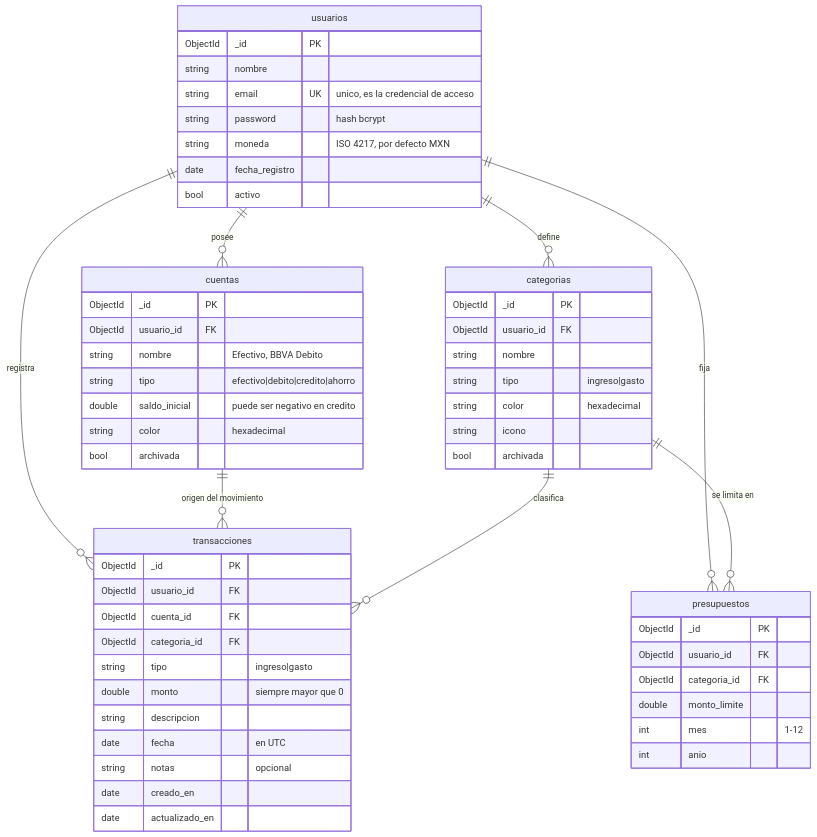
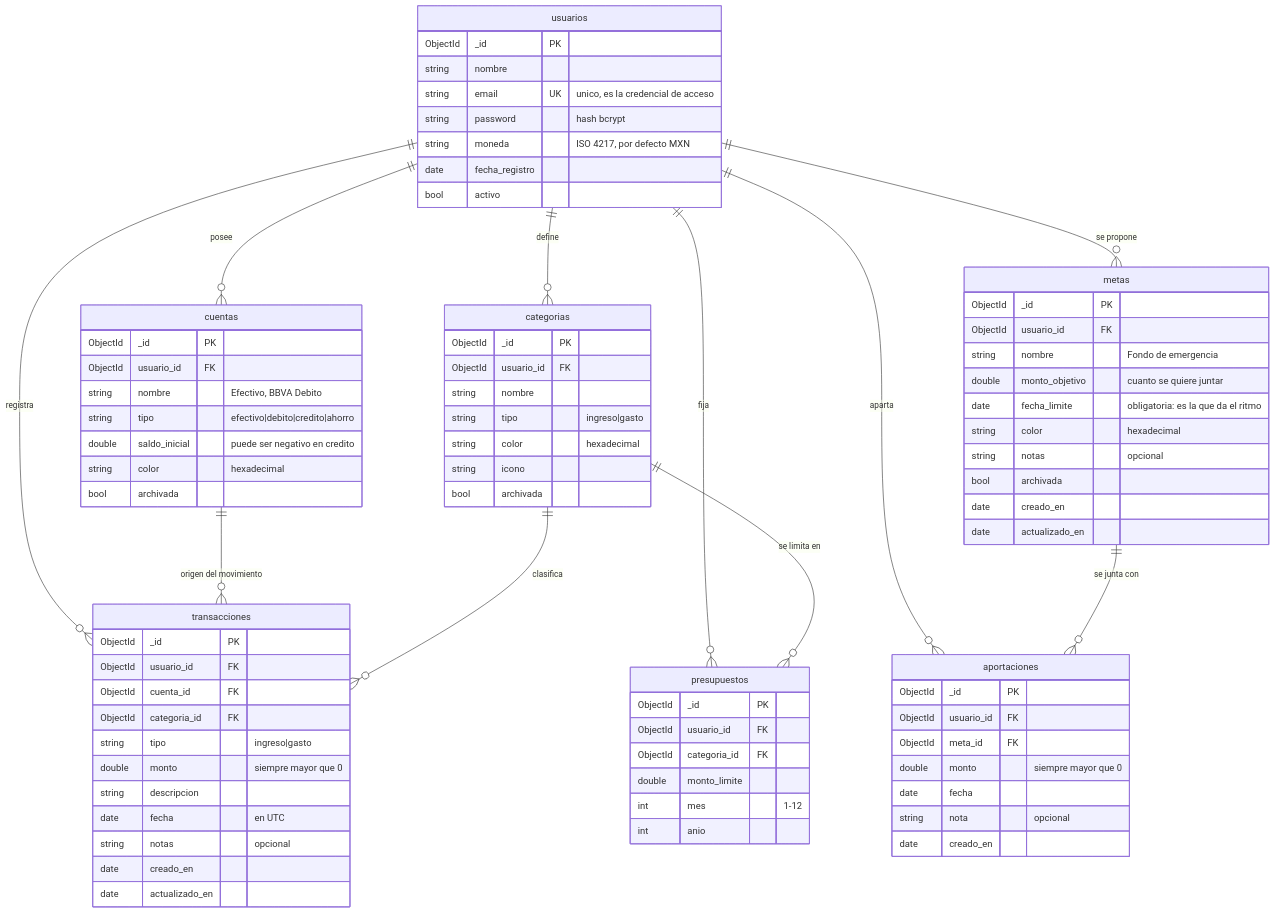
The diagram in database/modelo.md (FNTR3455234/FinTrack), drawn with Mermaid before and after one commit. The commit also changed other lines of this file and 49 other files, not shown here.

Commit message:
feat: metas de ahorro con aportaciones y tercera consulta relacional

````diff
--- a/database/modelo.md
+++ b/database/modelo.md
@@ -8,9 +8,12 @@
     usuarios ||--o{ categorias : "define"
     usuarios ||--o{ transacciones : "registra"
     usuarios ||--o{ presupuestos : "fija"
+    usuarios ||--o{ metas : "se propone"
+    usuarios ||--o{ aportaciones : "aparta"
     cuentas ||--o{ transacciones : "origen del movimiento"
     categorias ||--o{ transacciones : "clasifica"
     categorias ||--o{ presupuestos : "se limita en"
+    metas ||--o{ aportaciones : "se junta con"
 
     usuarios {
         ObjectId _id PK
@@ -64,4 +67,27 @@
         int mes "1-12"
         int anio
     }
+
+    metas {
+        ObjectId _id PK
+        ObjectId usuario_id FK
+        string nombre "Fondo de emergencia"
+        double monto_objetivo "cuanto se quiere juntar"
+        date fecha_limite "obligatoria: es la que da el ritmo"
+        string color "hexadecimal"
+        string notas "opcional"
+        bool archivada
+        date creado_en
+        date actualizado_en
+    }
+
+    aportaciones {
+        ObjectId _id PK
+        ObjectId usuario_id FK
+        ObjectId meta_id FK
+        double monto "siempre mayor que 0"
+        date fecha
+        string nota "opcional"
+        date creado_en
+    }
 ```
````
